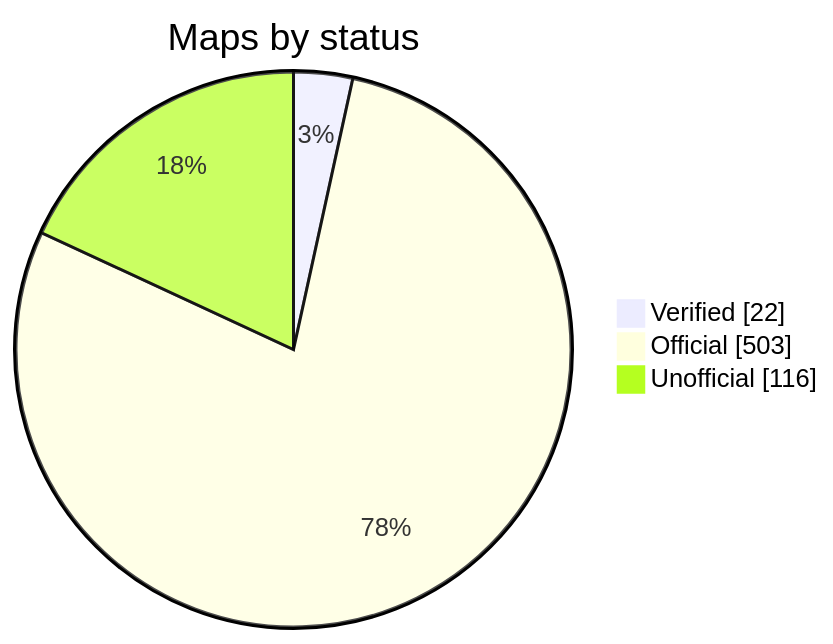
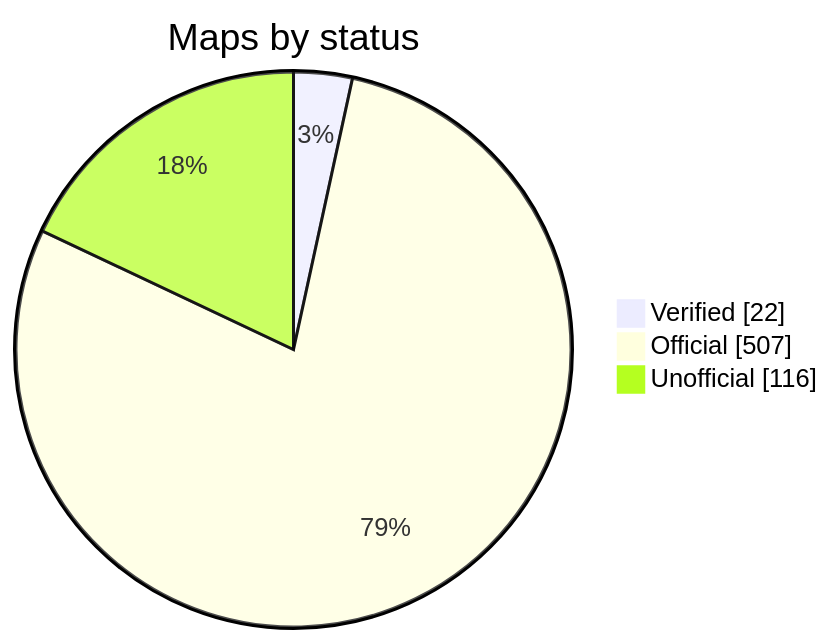
Before and after one commit to nobrega8/mbmap-library: the diagram in README.md, drawn with Mermaid. The commit also changed 9 other files, not shown here.

````diff
--- a/README.md
+++ b/README.md
@@ -52,7 +52,7 @@
 ```mermaid
 pie showData
     title Maps by status
     "Verified" : 22
-    "Official" : 503
+    "Official" : 507
     "Unofficial" : 116
 ```
````
